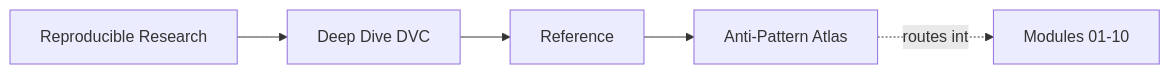
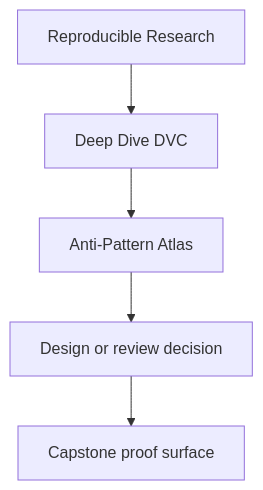
Before and after one commit to bijux/bijux-masterclass: the first of 2 diagrams in programs/reproducible-research/deep-dive-dvc/course-book/reference/anti-pattern-atlas.md, drawn with Mermaid. The commit also changed other lines of this file and 31 other files, not shown here.

Commit message:
docs(deep-dive-dvc): sharpen guide and reference diagrams

````diff
--- a/programs/reproducible-research/deep-dive-dvc/course-book/reference/anti-pattern-atlas.md
+++ b/programs/reproducible-research/deep-dive-dvc/course-book/reference/anti-pattern-atlas.md
@@ -9,11 +9,7 @@
 ```mermaid
-graph LR
-  family["Reproducible Research"]
-  program["Deep Dive DVC"]
-  section["Reference"]
-  page["Anti-Pattern Atlas"]
-  modules["Modules 01-10"]
-
-  family --> program --> section --> page
-  page -.routes into.-> modules
+flowchart TD
+  family["Reproducible Research"] --> program["Deep Dive DVC"]
+  program --> reference["Anti-Pattern Atlas"]
+  reference --> review["Design or review decision"]
+  review --> capstone["Capstone proof surface"]
 ```
````
